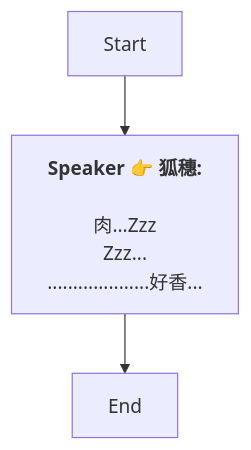
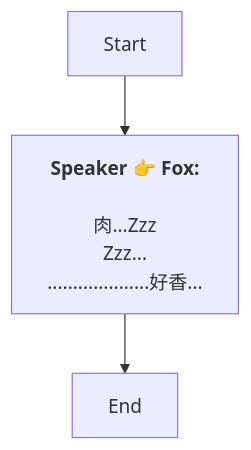
One commit to SoftHu/tos_avg changed the diagram in Zh/AddDialogNode_1738535928069235.md. Above: the diagram before and after it, drawn with Mermaid. The commit also changed 737 other files, not shown here.

````diff
--- a/Zh/AddDialogNode_1738535928069235.md
+++ b/Zh/AddDialogNode_1738535928069235.md
@@ -1,10 +1,9 @@
 ```mermaid
 graph
-Start -->1738535974722678[<b>Speaker 👉 狐穗:</b>
-
-肉...Zzz
+Start -->1738535974722678[<b>Speaker 👉 Fox:</b>
+\n肉...Zzz
 Zzz...
 ....................好香...]
 1738535974722678 -->1738535977029751[End]
 
- ```
+```
````
